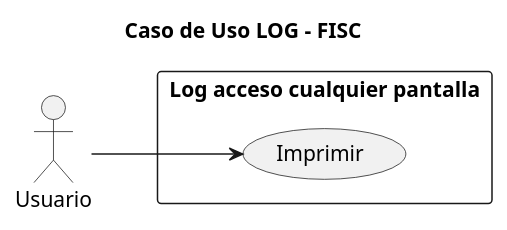
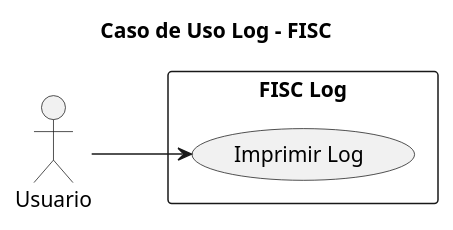
Before and after one commit to mmasias/23-24-IdSw1-SDR: the diagram in casosDeUso/casoUsoLog.puml, drawn with PlantUML. The commit also changed 39 other files, not shown here.

```diff
--- a/casosDeUso/casoUsoLog.puml
+++ b/casosDeUso/casoUsoLog.puml
@@ -1,15 +1,15 @@
 @startuml
-title Caso de Uso LOG - FISC
+
+title Caso de Uso Log - FISC
 
 left to right direction
 
 actor Usuario as user
 
-
-rectangle "Log acceso cualquier pantalla" {
-    usecase "Imprimir" as log
+rectangle "FISC Log" {
+    usecase "Imprimir Log" as imprimirLog
 }
 
-user --> log
+user --> imprimirLog : ""
 
 @enduml
```
